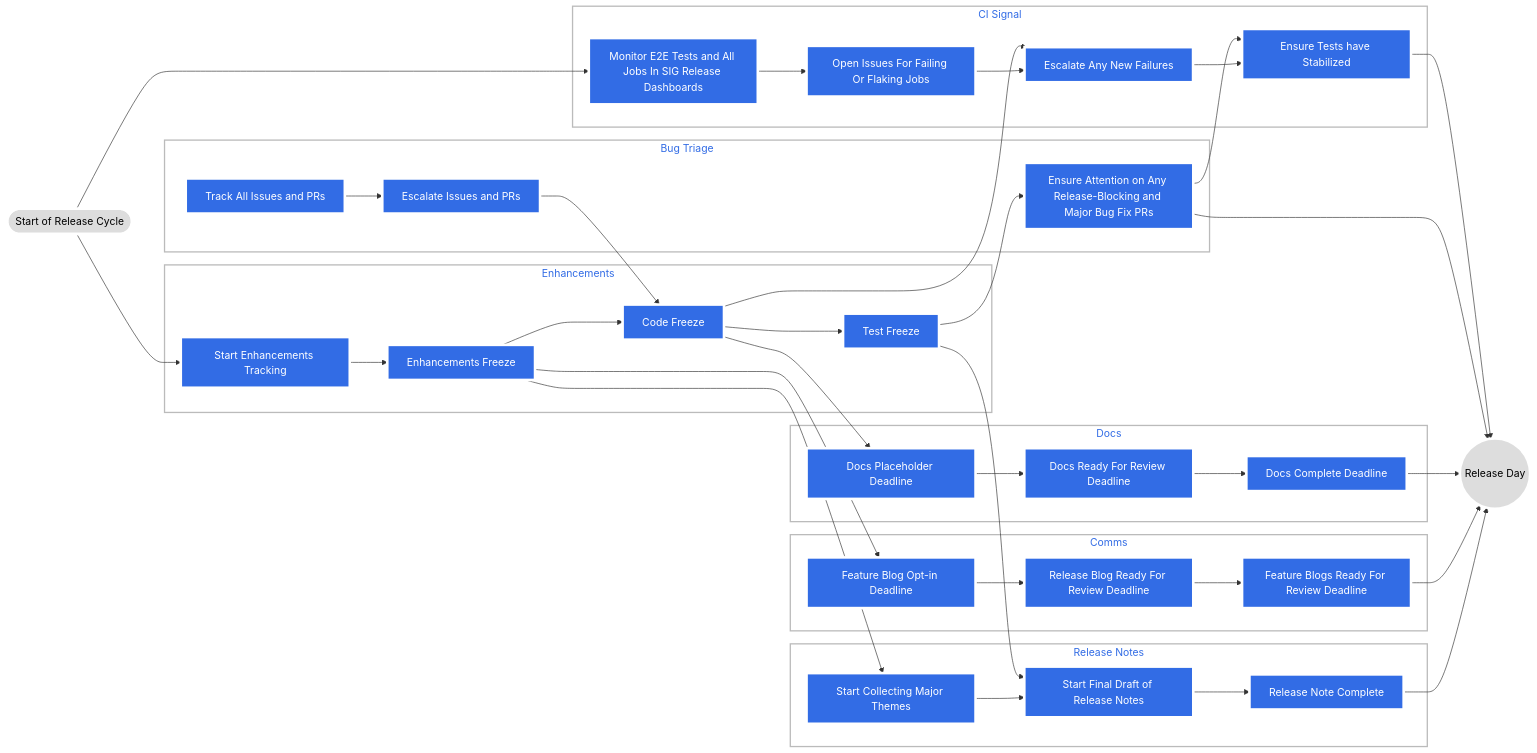
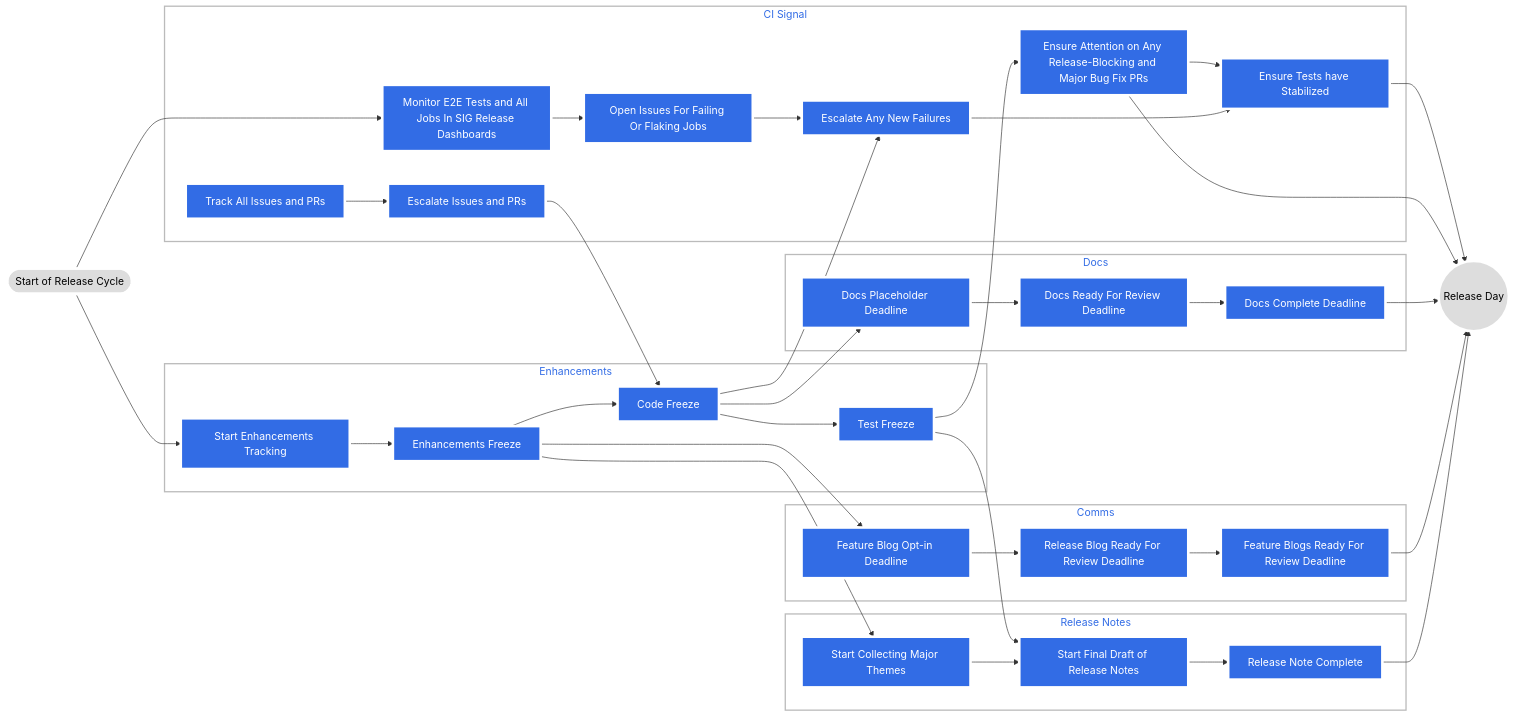
Before and after one commit to kubernetes/sig-release: the first of 2 diagrams in release-team/README.md, drawn with Mermaid.

Commit message:
Merge Bug Triage team tasks into CI Signal and remove Bug Triage block

````diff
--- a/release-team/README.md
+++ b/release-team/README.md
@@ -178,64 +178,60 @@
 ```mermaid
 graph LR
     START([Start of Release Cycle])
     START --> SET
     START --> MONITOR
     EF --> FBOD
     EF --> CMT
     EIP --> CF
     CF --> DPD
     TF --> FDRN
 
     END((Release Day))
     TEST --> END
     EAARB --> END
     DCF --> END
     FBRD --> END
     RNC --> END
 
     subgraph Enhancements
         SET[Start Enhancements Tracking] --> EF[Enhancements Freeze]
         EF --> CF[Code Freeze]
         CF --> TF[Test Freeze]
     end
 
     subgraph Docs
         DPD[Docs Placeholder Deadline] --> DRD[Docs Ready For Review Deadline]
         DRD --> DCF[Docs Complete Deadline]
     end
 
     subgraph Comms
         FBOD[Feature Blog Opt-in Deadline] --> RBRD[Release Blog Ready For Review Deadline]
         RBRD --> FBRD[Feature Blogs Ready For Review Deadline]
     end
 
     subgraph Release Notes
         CMT[Start Collecting Major Themes] --> FDRN[Start Final Draft of Release Notes]
         FDRN --> RNC[Release Note Complete]
     end
 
-    subgraph Bug Triage
+    subgraph CI Signal
         TA[Track All Issues and PRs] --> EIP[Escalate Issues and PRs]
-        TF --> EAARB[Ensure Attention on Any Release-Blocking and Major Bug Fix PRs]
-    end
-
-    subgraph CI Signal
         MONITOR[Monitor E2E Tests and All Jobs In SIG Release Dashboards]
         MONITOR --> OPEN[Open Issues For Failing Or Flaking Jobs]
         CF --> ESCALATE[Escalate Any New Failures]
+        TF --> EAARB[Ensure Attention on Any Release-Blocking and Major Bug Fix PRs]
         OPEN --> ESCALATE
         EAARB --> TEST[Ensure Tests have Stabilized]
         ESCALATE --> TEST
     end
 
     classDef cluster fill:#fff,stroke:#bbb,stroke-width:2px,color:#326ce5;
     classDef plain fill:#ddd,stroke:#fff,stroke-width:4px,color:#000;
     classDef k8s fill:#326ce5,stroke:#fff,stroke-width:4px,color:#fff;
     class START,END plain;
     class SET,EF k8s;
     class DPD,DRD,DCF k8s;
     class FBOD,RBRD,FBRD k8s;
     class CMT,FDRN,RNC k8s;
-    class TA,EIP,TF k8s;
-    class MONITOR,OPEN,CF,ESCALATE,EAARB,TEST k8s;
+    class MONITOR,OPEN,CF,ESCALATE,EAARB,TEST,TA,EIP,TF k8s;
 ```
````
